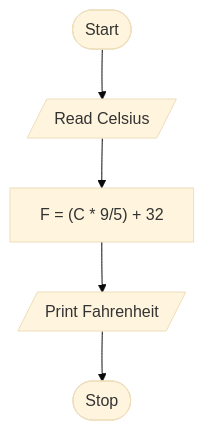
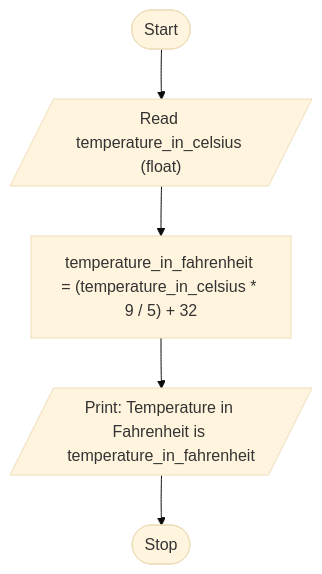
The diagram in .faculty/observations/u1t4c2f.md (asvnphanindra/2026-27_PythonProgrammingCourse), drawn with Mermaid (base theme) before and after one commit. The commit also changed 20 other files, not shown here.

Commit message:
Expand Full-observation flowcharts with step-by-step Mermaid detail.

````diff
--- a/.faculty/observations/u1t4c2f.md
+++ b/.faculty/observations/u1t4c2f.md
@@ -40,12 +40,9 @@
 ```mermaid
 flowchart TD
-    N0(["Start"])
-    N1[/"Read Celsius"/]
-    N2["F = (C * 9/5) + 32"]
-    N3[/"Print Fahrenheit"/]
-    N4(["Stop"])
-    N0 --> N1
-    N1 --> N2
-    N2 --> N3
-    N3 --> N4
+Start(["Start"])
+R1[/"Read temperature_in_celsius (float)"/]
+P1["temperature_in_fahrenheit = (temperature_in_celsius * 9 / 5) + 32"]
+O1[/"Print: Temperature in Fahrenheit is temperature_in_fahrenheit"/]
+Stop(["Stop"])
+Start --> R1 --> P1 --> O1 --> Stop
 ```
````
